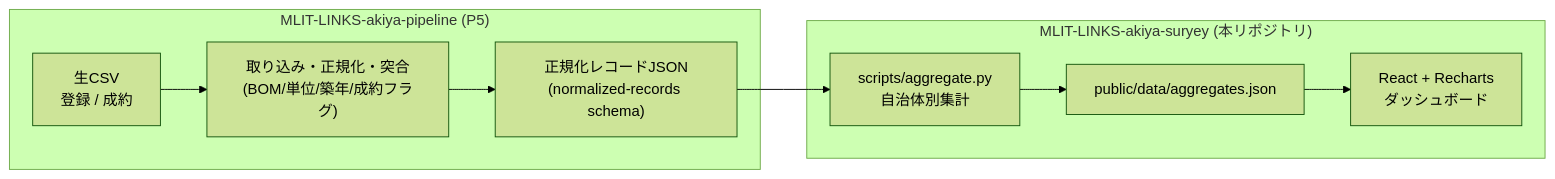
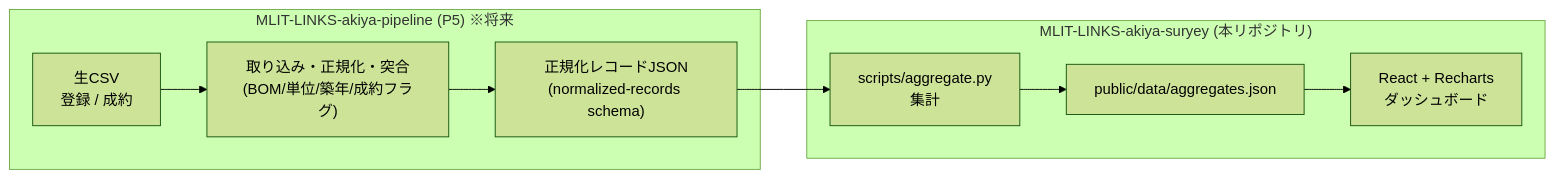
Before and after one commit to shinyanakashima/MLIT-LINKS-akiya: the diagram in README.md, drawn with Mermaid (forest theme). The commit also changed other lines of this file, not shown here.

````diff
--- a/README.md
+++ b/README.md
@@ -28,12 +32,12 @@
 ```mermaid
 flowchart LR
-  subgraph P5["MLIT-LINKS-akiya-pipeline (P5)"]
+  subgraph P5["MLIT-LINKS-akiya-pipeline (P5) ※将来"]
     CSV["生CSV<br/>登録 / 成約"] --> NORM["取り込み・正規化・突合<br/>(BOM/単位/築年/成約フラグ)"]
     NORM --> REC["正規化レコードJSON<br/>(normalized-records schema)"]
   end
   subgraph SURYEY["MLIT-LINKS-akiya-suryey (本リポジトリ)"]
-    REC --> AGG["scripts/aggregate.py<br/>自治体別集計"]
+    REC --> AGG["scripts/aggregate.py<br/>集計"]
     AGG --> JSON["public/data/aggregates.json"]
     JSON --> UI["React + Recharts<br/>ダッシュボード"]
   end
 ```
````
